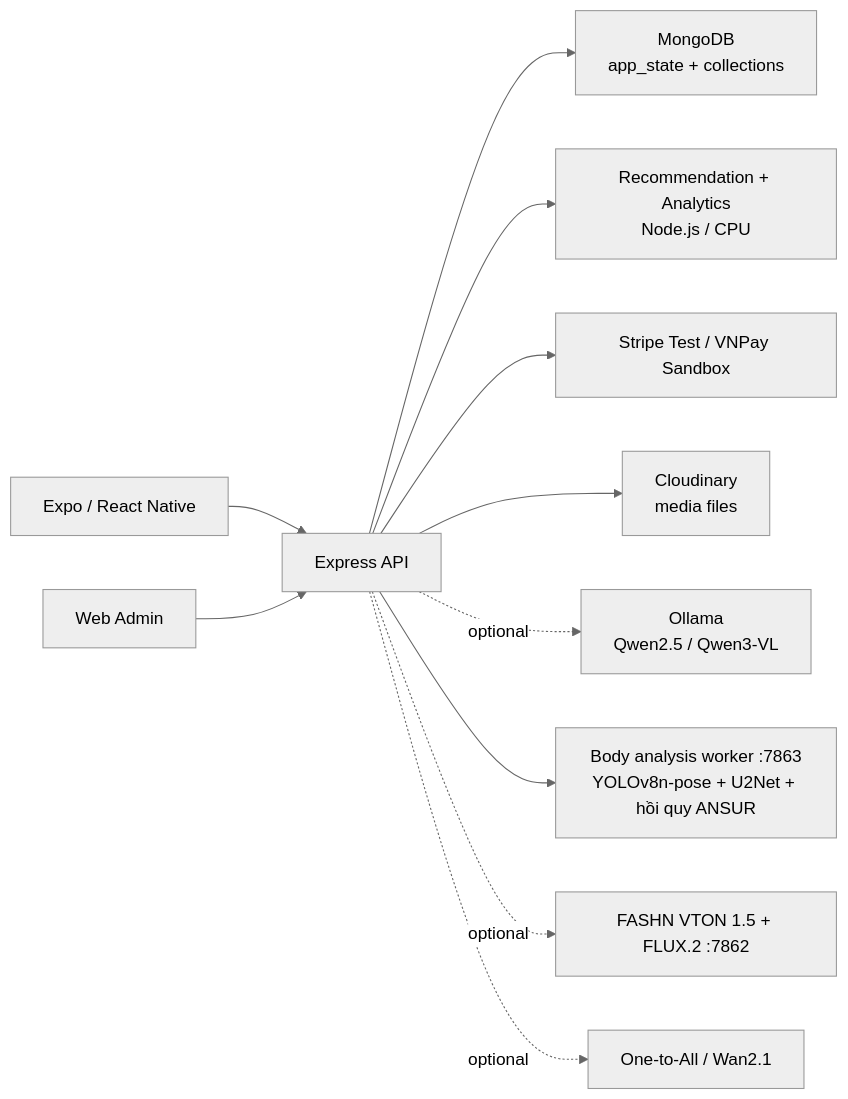
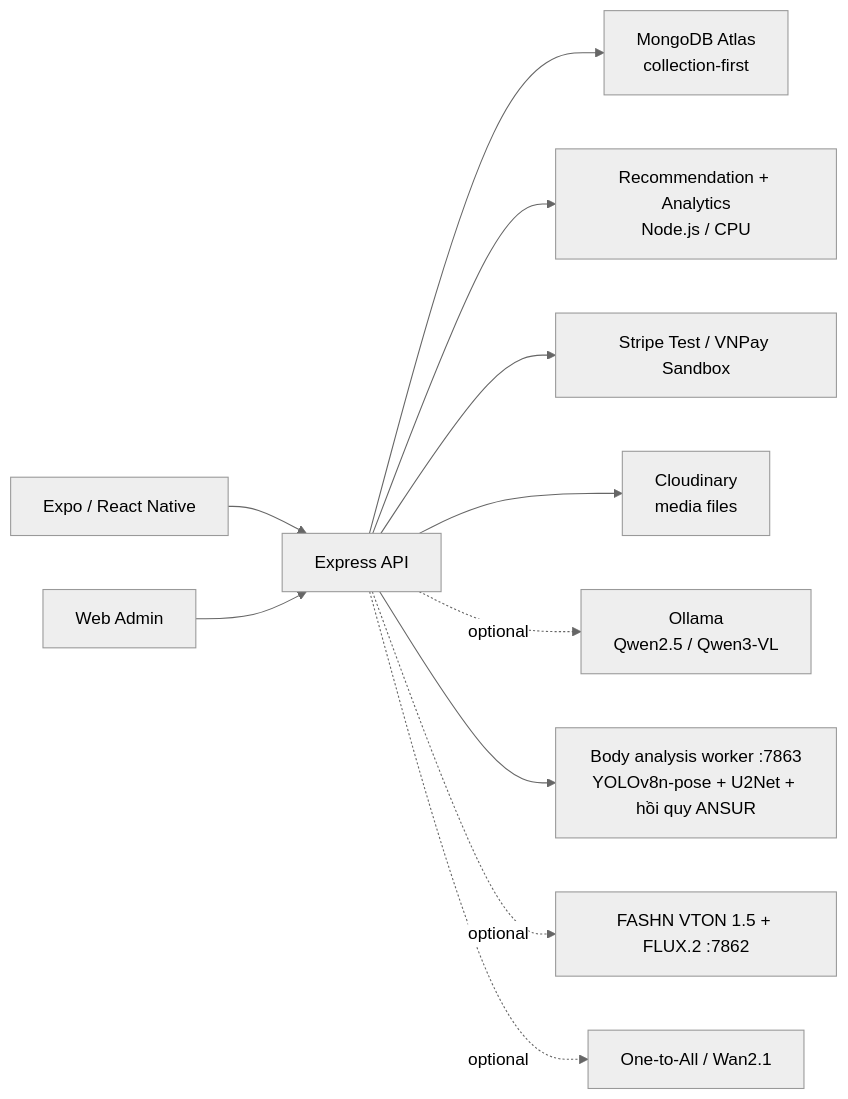
One commit to minhnhatdepzai/JAPANO changed the first of 2 diagrams in README.md. Above: the diagram before and after it, drawn with Mermaid (neutral theme). The commit also changed other lines of this file and 436 other files, not shown here.

````diff
--- a/README.md
+++ b/README.md
@@ -68,15 +215,15 @@
 ```mermaid
 flowchart LR
     Mobile["Expo / React Native"] --> API["Express API"]
     Admin["Web Admin"] --> API
 
-    API --> Store["MongoDB<br/>app_state + collections"]
+    API --> Store["MongoDB Atlas<br/>collection-first"]
     API --> Reco["Recommendation + Analytics<br/>Node.js / CPU"]
     API --> Payment["Stripe Test / VNPay Sandbox"]
 
     API --> Media["Cloudinary<br/>media files"]
     API -. optional .-> Ollama["Ollama<br/>Qwen2.5 / Qwen3-VL"]
     API --> Body["Body analysis worker :7863<br/>YOLOv8n-pose + U2Net + hồi quy ANSUR"]
     API -. optional .-> TryOn["FASHN VTON 1.5 + FLUX.2 :7862"]
     API -. optional .-> Motion["One-to-All / Wan2.1"]
 ```
````
